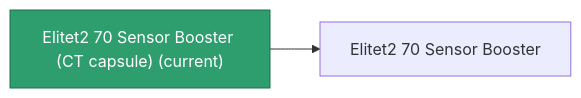
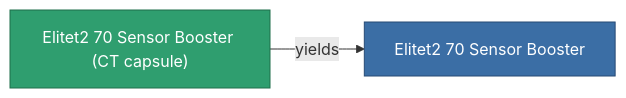
Before and after one commit to OpenPerpetuum/Wiki: the diagram in content/content/items/elitet2_70_sensor_booster_CT_capsule.md, drawn with Mermaid. The commit also changed other lines of this file and 2015 other files, not shown here.

````diff
--- a/content/content/items/elitet2_70_sensor_booster_CT_capsule.md
+++ b/content/content/items/elitet2_70_sensor_booster_CT_capsule.md
@@ -33,8 +33,9 @@
 ```mermaid
 graph LR
-    a["Elitet2 70 Sensor Booster (CT capsule) (current)"]:::current
-    b["Elitet2 70 Sensor Booster"]
-    a --> b
-    click b "/content/items/elitet2-70-sensor-booster/" "Elitet2 70 Sensor Booster"
+    a["Elitet2 70 Sensor Booster (CT capsule)"]:::current
+    b["Elitet2 70 Sensor Booster"]:::finished
+    a -->|yields| b
+                click b "/content/items/elitet2-70-sensor-booster/" "Elitet2 70 Sensor Booster"
     classDef current fill:#2f9e6f,stroke:#1f6f4a,color:#ffffff
+    classDef finished fill:#3b6ea5,stroke:#274a75,color:#ffffff
 ```
````
